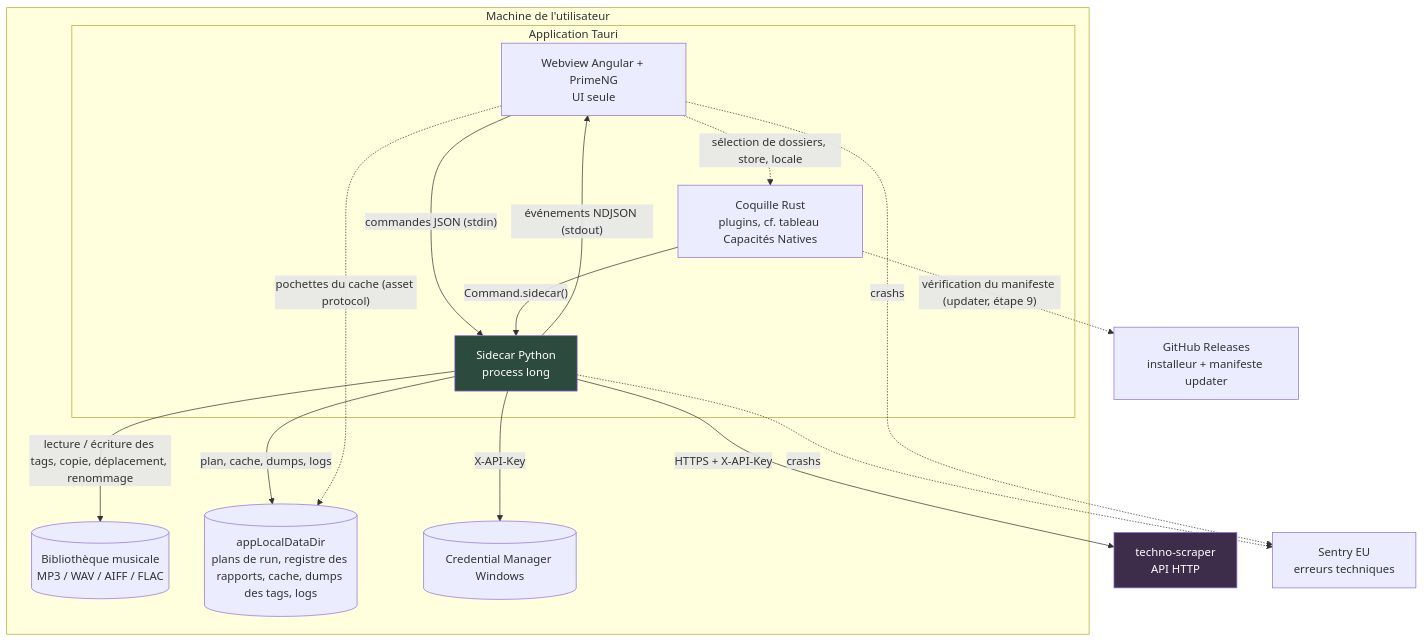
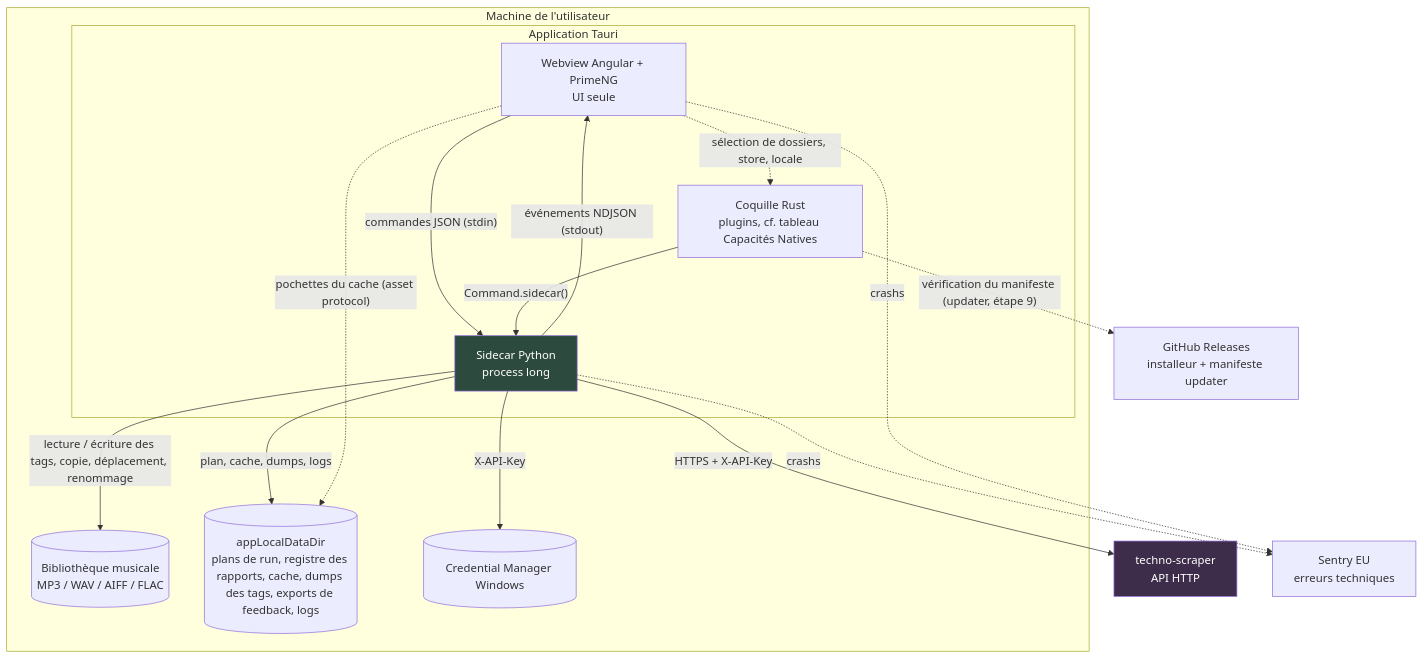
One commit to thibaud57/techno-tagger changed the first of 5 diagrams in docs/ARCHITECTURE.md. Above: the diagram before and after it, drawn with Mermaid. The commit also changed other lines of this file and 66 other files, not shown here.

````diff
--- a/docs/ARCHITECTURE.md
+++ b/docs/ARCHITECTURE.md
@@ -162,33 +162,33 @@
 ```mermaid
 graph TB
     subgraph machine["Machine de l'utilisateur"]
         subgraph app["Application Tauri"]
             ui["Webview Angular + PrimeNG<br/>UI seule"]
             rust["Coquille Rust<br/>plugins, cf. tableau Capacités Natives"]
             side["Sidecar Python<br/>process long"]
         end
         fs[("Bibliothèque musicale<br/>MP3 / WAV / AIFF / FLAC")]
-        data[("appLocalDataDir<br/>plans de run, registre des rapports, cache, dumps des tags, logs")]
+        data[("appLocalDataDir<br/>plans de run, registre des rapports, cache, dumps des tags, exports de feedback, logs")]
         kr[("Credential Manager Windows")]
     end
 
     api["techno-scraper<br/>API HTTP"]
     sentry["Sentry EU<br/>erreurs techniques"]
     gh["GitHub Releases<br/>installeur + manifeste updater"]
 
     ui -->|"commandes JSON (stdin)"| side
     side -->|"événements NDJSON (stdout)"| ui
     ui -.->|"sélection de dossiers, store, locale"| rust
     rust -->|"Command.sidecar()"| side
     side -->|"lecture / écriture des tags, copie, déplacement, renommage"| fs
     side -->|"plan, cache, dumps, logs"| data
     ui -.->|"pochettes du cache (asset protocol)"| data
     side -->|"X-API-Key"| kr
     side -->|"HTTPS + X-API-Key"| api
     side -.->|"crashs"| sentry
     ui -.->|"crashs"| sentry
     rust -.->|"vérification du manifeste (updater, étape 9)"| gh
 
     style side fill:#2d4a3e,color:#fff
     style api fill:#3e2d4a,color:#fff
 ```
````
